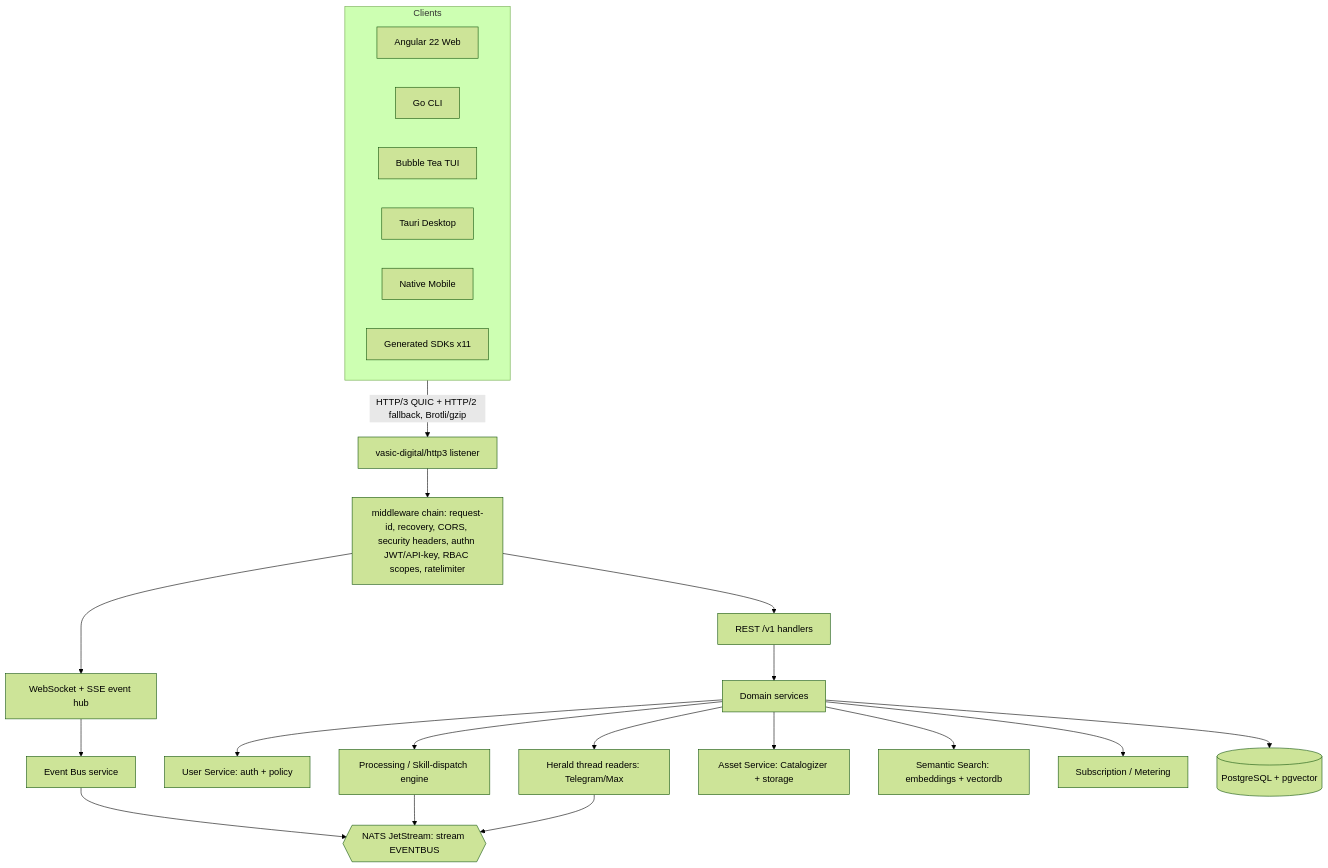
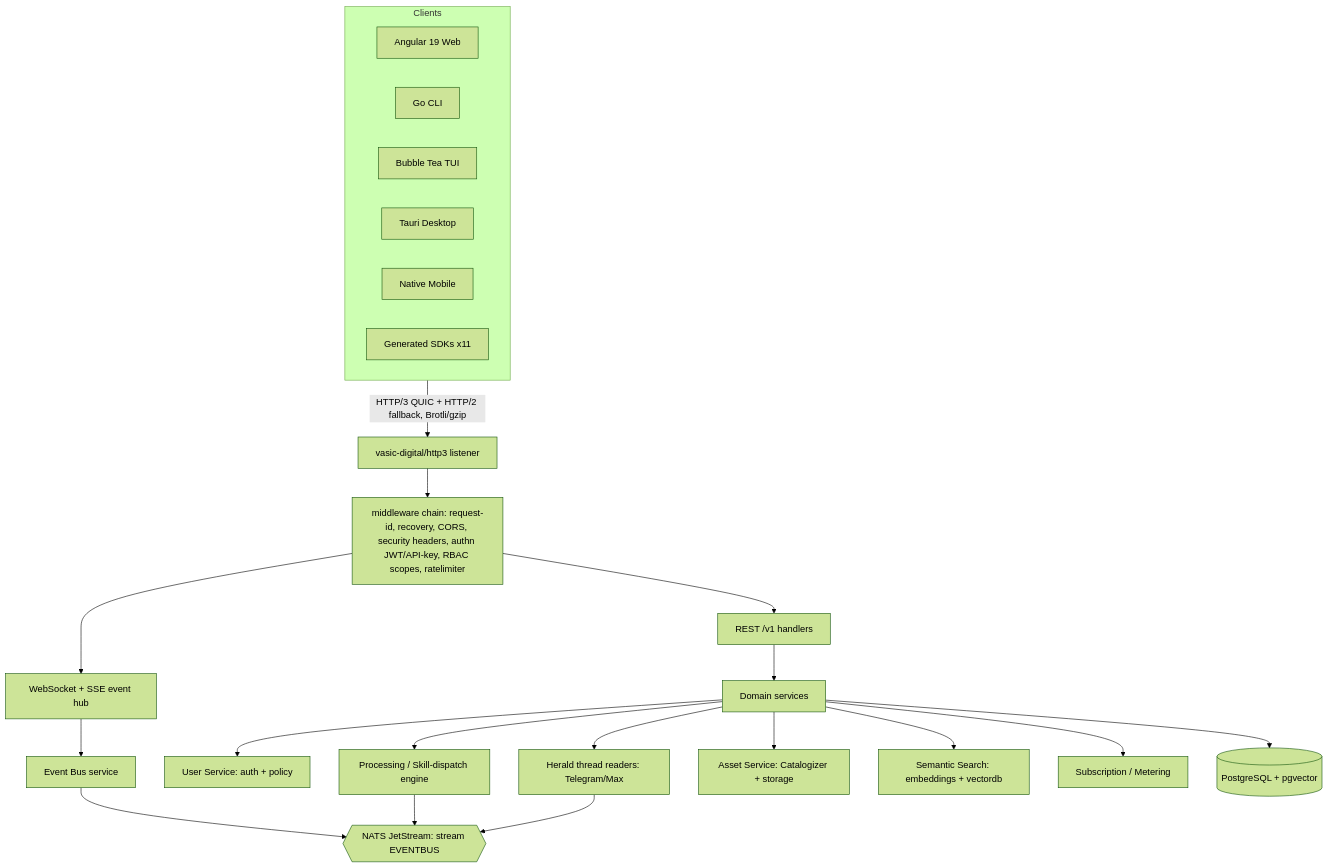
Before and after one commit to HelixDevelopment/helix_thready: the diagram in docs/public/research/mvp/api/index.md, drawn with Mermaid (forest theme). The commit also changed 184 other files, not shown here.

First line of the commit message:
docs(mvp): Wave 3 — concrete materials + rendered diagrams + completeness report

````diff
--- a/docs/public/research/mvp/api/index.md
+++ b/docs/public/research/mvp/api/index.md
@@ -80,27 +80,27 @@
 ```mermaid
 flowchart TB
   subgraph Clients
-    WEB[Angular 22 Web]
+    WEB[Angular 19 Web]
     CLI[Go CLI]
     TUI[Bubble Tea TUI]
     DESK[Tauri Desktop]
     MOB[Native Mobile]
     SDKX[Generated SDKs x11]
   end
   Clients -->|HTTP/3 QUIC + HTTP/2 fallback, Brotli/gzip| EDGE[vasic-digital/http3 listener]
   EDGE --> MW[middleware chain: request-id, recovery, CORS, security headers, authn JWT/API-key, RBAC scopes, ratelimiter]
   MW --> REST[REST /v1 handlers]
   MW --> HUB[WebSocket + SSE event hub]
   REST --> SVC[Domain services]
   HUB --> EBS[Event Bus service]
   SVC --> USER[User Service: auth + policy]
   SVC --> HER[Herald thread readers: Telegram/Max]
   SVC --> PROC[Processing / Skill-dispatch engine]
   SVC --> ASSET[Asset Service: Catalogizer + storage]
   SVC --> SEARCH[Semantic Search: embeddings + vectordb]
   SVC --> METER[Subscription / Metering]
   SVC --> REL[(PostgreSQL + pgvector)]
   EBS --> NATS{{NATS JetStream: stream EVENTBUS}}
   PROC --> NATS
   HER --> NATS
 ```
````
